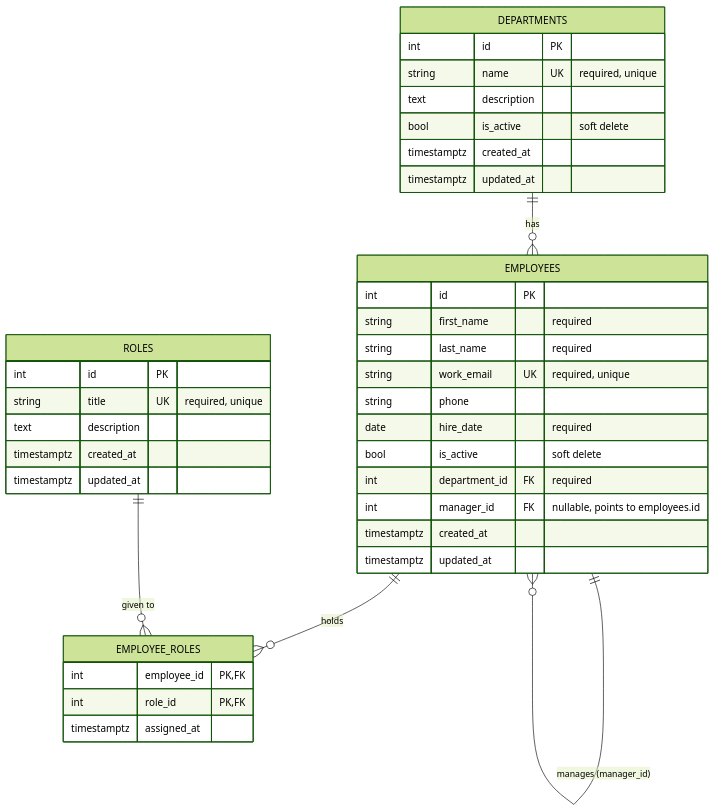
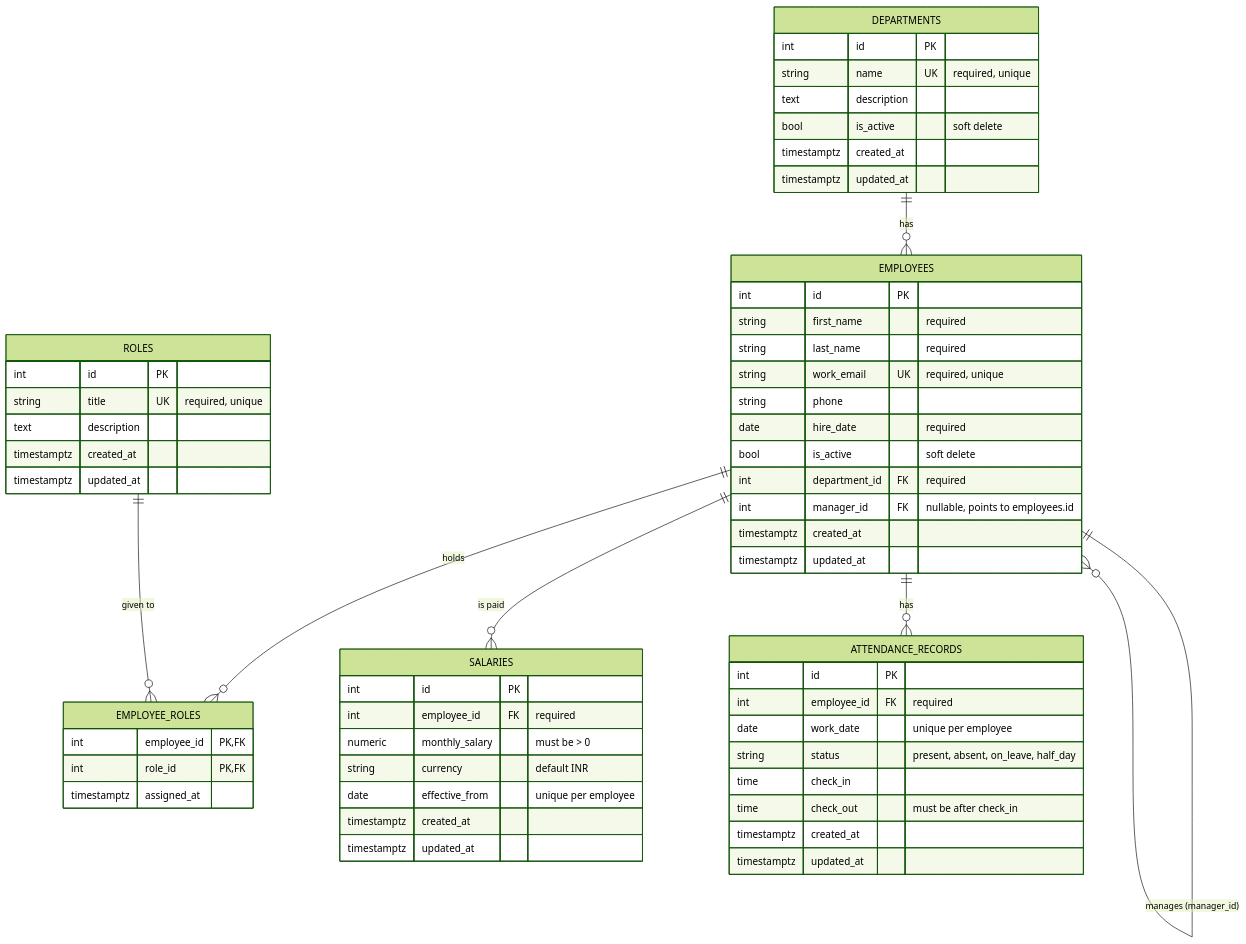
One commit to Ibrahim-507/employee-api changed the diagram in docs/er-diagram.md. Above: the diagram before and after it, drawn with Mermaid (forest theme). The commit also changed other lines of this file and 25 other files, not shown here.

````diff
--- a/docs/er-diagram.md
+++ b/docs/er-diagram.md
@@ -5,44 +5,67 @@
 ```mermaid
 erDiagram
     DEPARTMENTS ||--o{ EMPLOYEES : "has"
     EMPLOYEES   ||--o{ EMPLOYEES : "manages (manager_id)"
     EMPLOYEES   ||--o{ EMPLOYEE_ROLES : "holds"
     ROLES       ||--o{ EMPLOYEE_ROLES : "given to"
+    EMPLOYEES   ||--o{ SALARIES : "is paid"
+    EMPLOYEES   ||--o{ ATTENDANCE_RECORDS : "has"
 
     DEPARTMENTS {
         int id PK
         string name UK "required, unique"
         text description
         bool is_active "soft delete"
         timestamptz created_at
         timestamptz updated_at
     }
 
     ROLES {
         int id PK
         string title UK "required, unique"
         text description
         timestamptz created_at
         timestamptz updated_at
     }
 
     EMPLOYEES {
         int id PK
         string first_name "required"
         string last_name "required"
         string work_email UK "required, unique"
         string phone
         date hire_date "required"
         bool is_active "soft delete"
         int department_id FK "required"
         int manager_id FK "nullable, points to employees.id"
         timestamptz created_at
         timestamptz updated_at
     }
 
+    SALARIES {
+        int id PK
+        int employee_id FK "required"
+        numeric monthly_salary "must be > 0"
+        string currency "default INR"
+        date effective_from "unique per employee"
+        timestamptz created_at
+        timestamptz updated_at
+    }
+
+    ATTENDANCE_RECORDS {
+        int id PK
+        int employee_id FK "required"
+        date work_date "unique per employee"
+        string status "present, absent, on_leave, half_day"
+        time check_in
+        time check_out "must be after check_in"
+        timestamptz created_at
+        timestamptz updated_at
+    }
+
     EMPLOYEE_ROLES {
         int employee_id PK, FK
         int role_id PK, FK
         timestamptz assigned_at
     }
 ```
````
